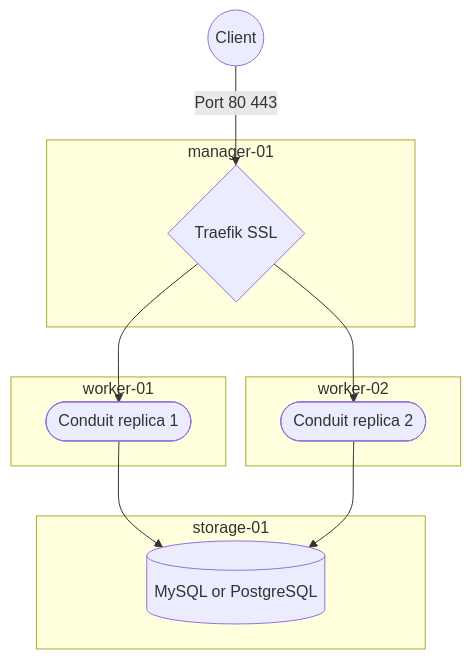
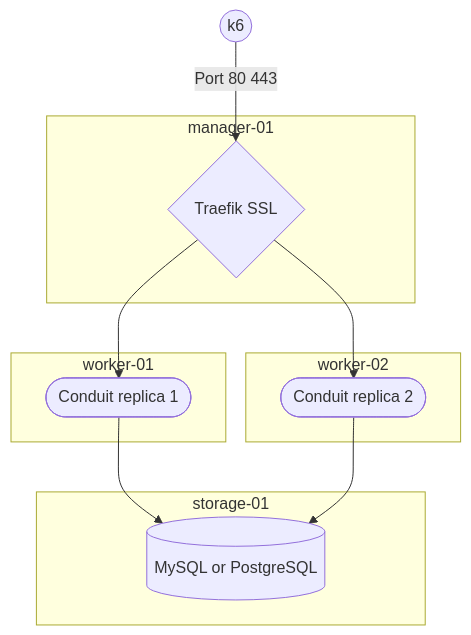
One commit to adr1enbe4udou1n/blog changed the diagram in content/posts/22-web-api-benchmarks-2024/index.md. Above: the diagram before and after it, drawn with Mermaid. The commit also changed other lines of this file, not shown here.

Commit message:
wip charts

```diff
--- a/content/posts/22-web-api-benchmarks-2024/index.md
+++ b/content/posts/22-web-api-benchmarks-2024/index.md
@@ -51,21 +56,21 @@
 {{< mermaid >}}
 flowchart TD
-client((Client))
+client((k6))
 client -- Port 80 443 --> traefik-01
 subgraph manager-01
     traefik-01{Traefik SSL}
 end
 subgraph worker-01
     app-01([Conduit replica 1])
     traefik-01 --> app-01
 end
 subgraph worker-02
     app-02([Conduit replica 2])
     traefik-01 --> app-02
 end
 subgraph storage-01
     DB[(MySQL or PostgreSQL)]
     app-01 --> DB
     app-02 --> DB
 end
 {{< /mermaid >}}
```
